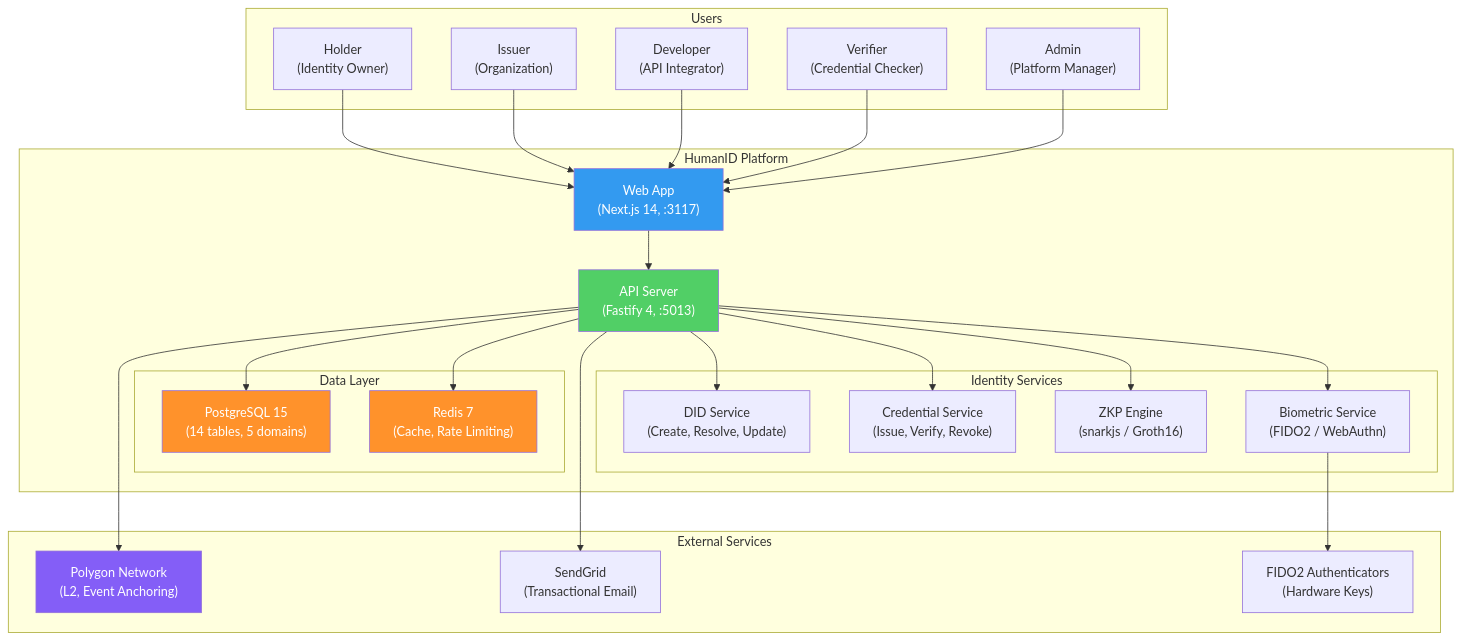
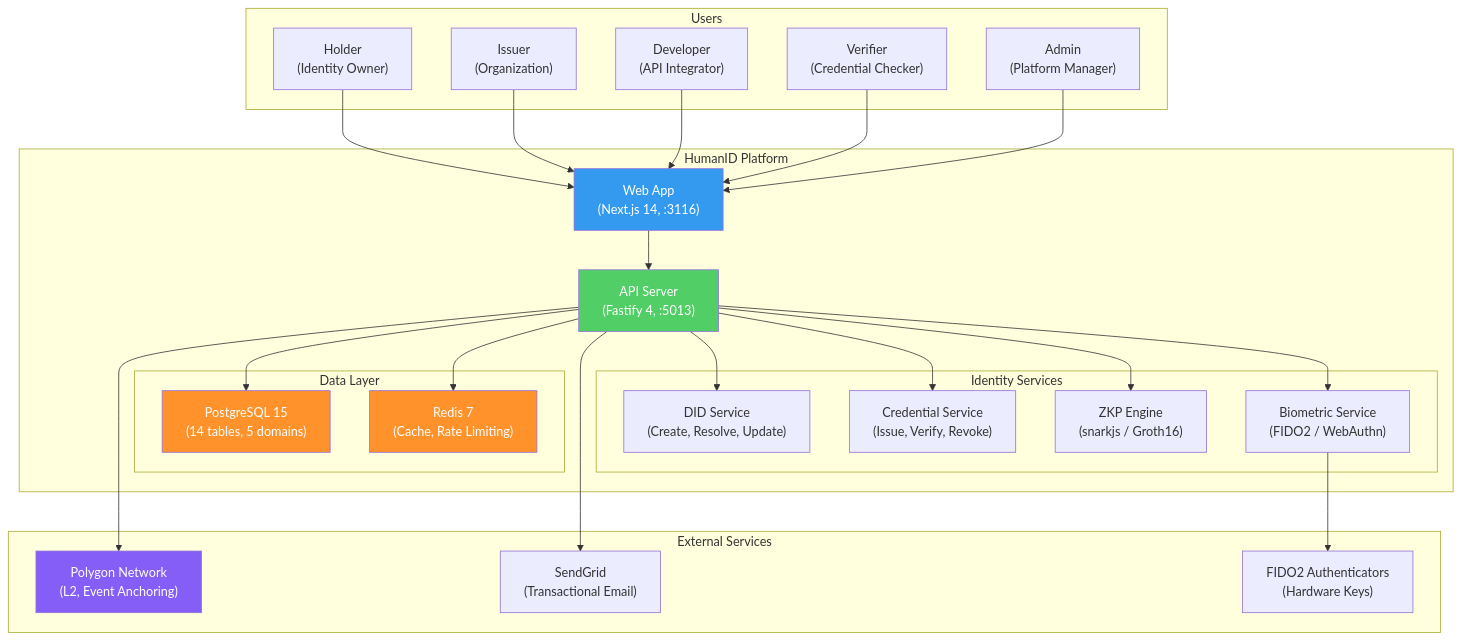
The first of 4 diagrams in products/humanid/README.md (Tamoura/Claude-Code-creates-the-SW-company), drawn with Mermaid before and after one commit. The commit also changed other lines of this file and 8 other files, not shown here.

````diff
--- a/products/humanid/README.md
+++ b/products/humanid/README.md
@@ -13,46 +13,46 @@
 ```mermaid
 graph TD
     subgraph "Users"
         HOLDER["Holder<br/>(Identity Owner)"]
         ISSUER["Issuer<br/>(Organization)"]
         DEV["Developer<br/>(API Integrator)"]
         VERIFIER["Verifier<br/>(Credential Checker)"]
         ADMIN["Admin<br/>(Platform Manager)"]
     end
 
     subgraph "HumanID Platform"
-        WEB["Web App<br/>(Next.js 14, :3117)"]
+        WEB["Web App<br/>(Next.js 14, :3116)"]
         API["API Server<br/>(Fastify 4, :5013)"]
 
         subgraph "Data Layer"
             DB["PostgreSQL 15<br/>(14 tables, 5 domains)"]
             REDIS["Redis 7<br/>(Cache, Rate Limiting)"]
         end
 
         subgraph "Identity Services"
             DID_SVC["DID Service<br/>(Create, Resolve, Update)"]
             CRED_SVC["Credential Service<br/>(Issue, Verify, Revoke)"]
             ZKP_SVC["ZKP Engine<br/>(snarkjs / Groth16)"]
             BIO_SVC["Biometric Service<br/>(FIDO2 / WebAuthn)"]
         end
     end
 
     subgraph "External Services"
         POLYGON["Polygon Network<br/>(L2, Event Anchoring)"]
         SENDGRID["SendGrid<br/>(Transactional Email)"]
         FIDO2["FIDO2 Authenticators<br/>(Hardware Keys)"]
     end
 
     HOLDER & ISSUER & DEV & VERIFIER & ADMIN --> WEB
     WEB --> API
     API --> DB & REDIS
     API --> DID_SVC & CRED_SVC & ZKP_SVC & BIO_SVC
     API --> POLYGON & SENDGRID
     BIO_SVC --> FIDO2
 
     style WEB fill:#339af0,color:#fff
     style API fill:#51cf66,color:#fff
     style DB fill:#ff922b,color:#fff
     style REDIS fill:#ff922b,color:#fff
     style POLYGON fill:#845ef7,color:#fff
 ```
````
